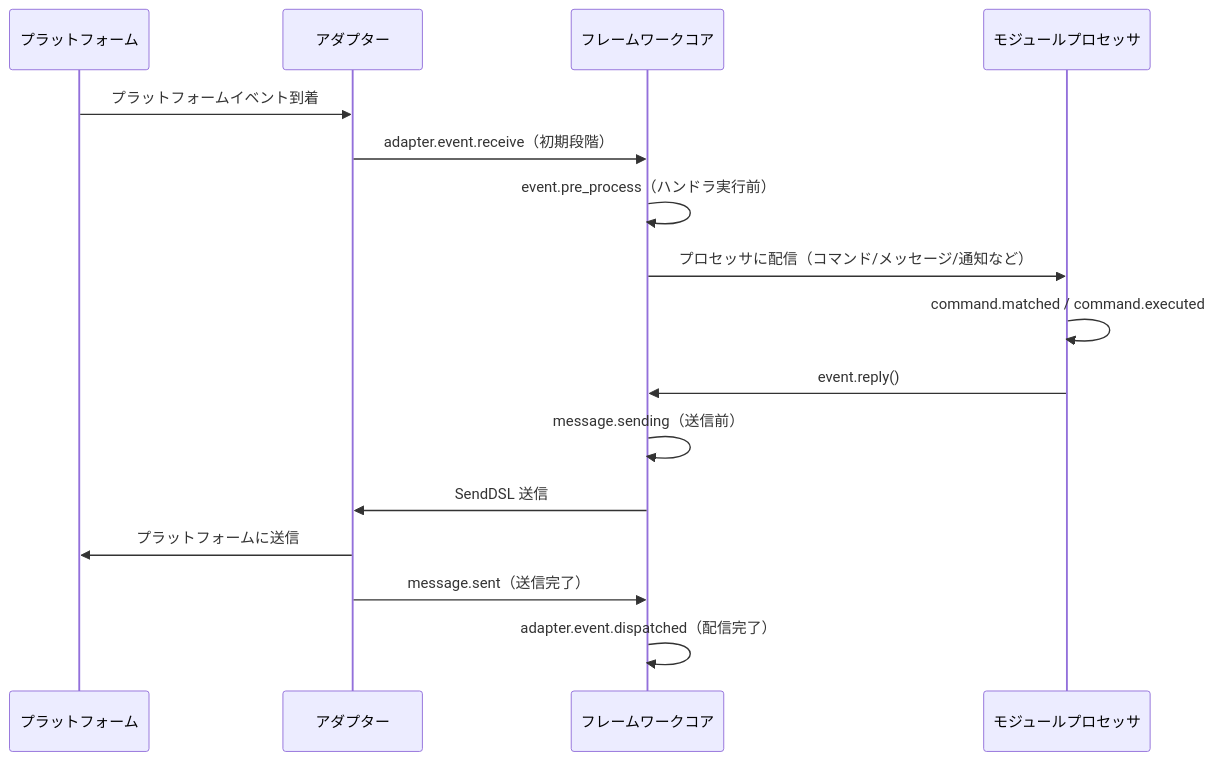
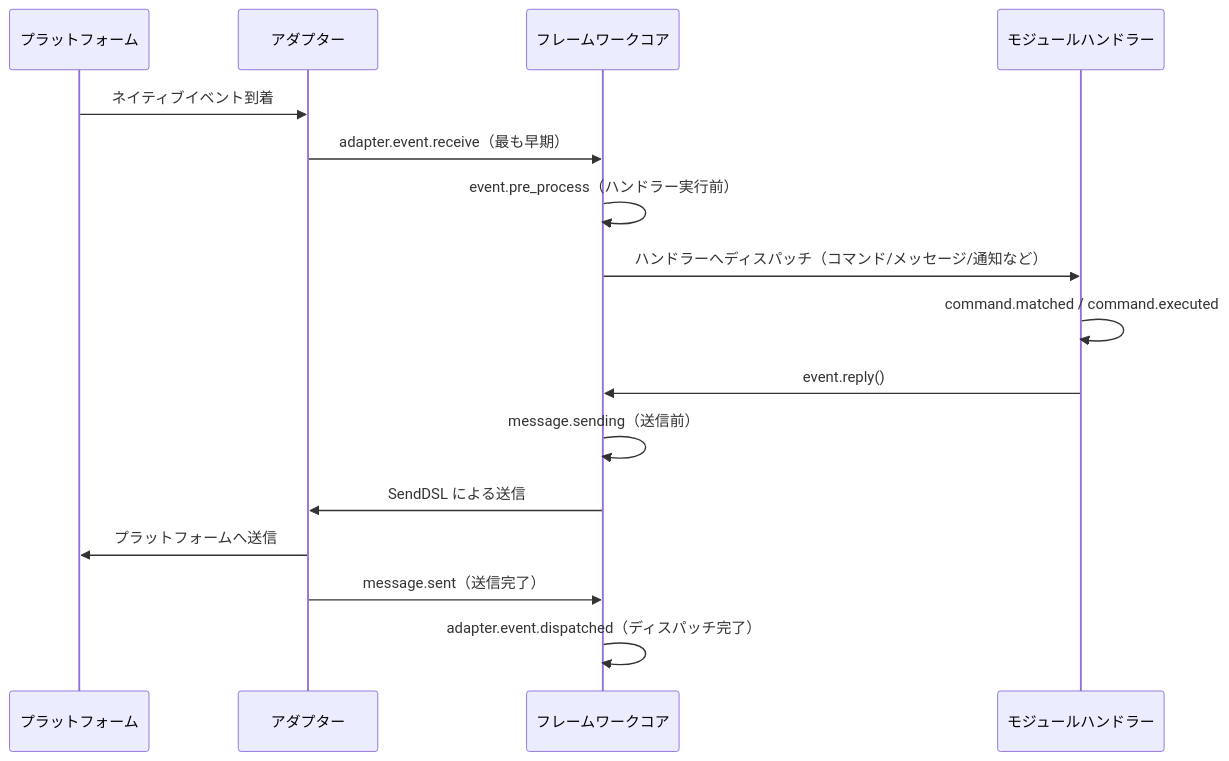
Before and after one commit to ErisPulse/ErisPulse: the diagram in docs/ja/advanced/lifecycle.md, drawn with Mermaid. The commit also changed other lines of this file and 105 other files, not shown here.

````diff
--- a/docs/ja/advanced/lifecycle.md
+++ b/docs/ja/advanced/lifecycle.md
@@ -124,19 +124,19 @@
 ```mermaid
 sequenceDiagram
     participant P as プラットフォーム
     participant A as アダプター
     participant F as フレームワークコア
-    participant M as モジュールプロセッサ
+    participant M as モジュールハンドラー
 
-    P->>A: プラットフォームイベント到着
-    A->>F: adapter.event.receive（初期段階）
-    F->>F: event.pre_process（ハンドラ実行前）
-    F->>M: プロセッサに配信（コマンド/メッセージ/通知など）
+    P->>A: ネイティブイベント到着
+    A->>F: adapter.event.receive（最も早期）
+    F->>F: event.pre_process（ハンドラー実行前）
+    F->>M: ハンドラーへディスパッチ（コマンド/メッセージ/通知など）
     M->>M: command.matched / command.executed
     M->>F: event.reply()
     F->>F: message.sending（送信前）
-    F->>A: SendDSL 送信
-    A->>P: プラットフォームに送信
+    F->>A: SendDSL による送信
+    A->>P: プラットフォームへ送信
     A->>F: message.sent（送信完了）
-    F->>F: adapter.event.dispatched（配信完了）
+    F->>F: adapter.event.dispatched（ディスパッチ完了）
 ```
````
